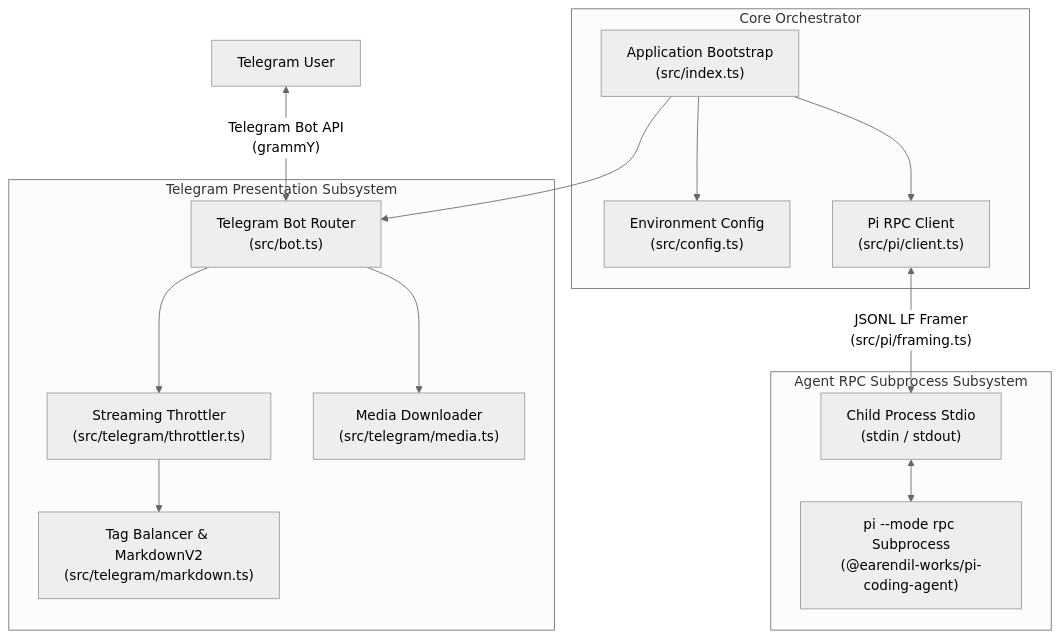
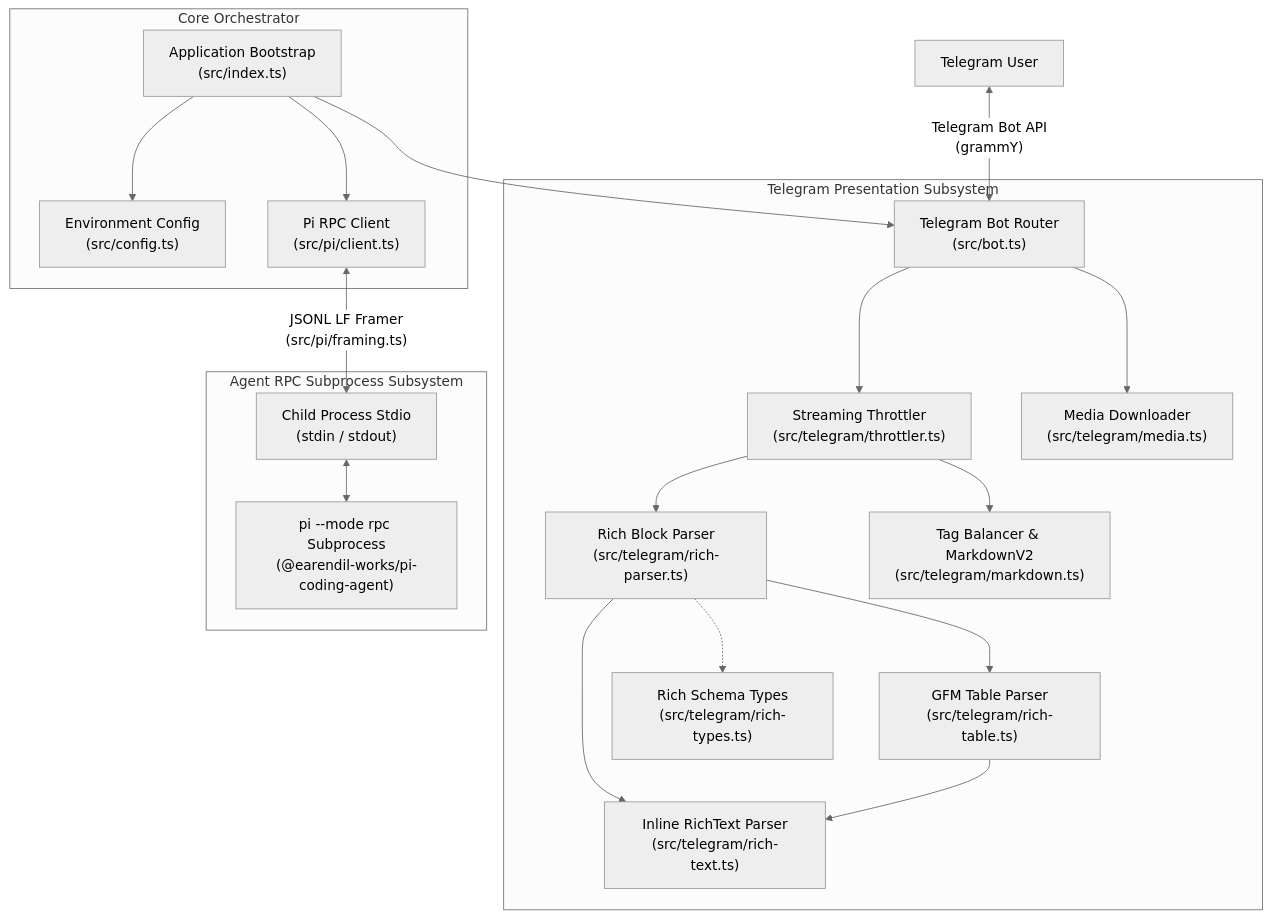
The first of 3 diagrams in context/architecture.md (larchanka/tg-bot-agent-streamer), drawn with Mermaid (neutral theme) before and after one commit. The commit also changed other lines of this file and 6 other files, not shown here.

First line of the commit message:
docs(context): Document Telegram Rich Messages architecture and updates

````diff
--- a/context/architecture.md
+++ b/context/architecture.md
@@ -9,21 +9,26 @@
 ```mermaid
 flowchart TD
     User["Telegram User"] <-->|"Telegram Bot API<br/>(grammY)"| Bot["Telegram Bot Router<br/>(src/bot.ts)"]
     
     subgraph Telegram_Presentation ["Telegram Presentation Subsystem"]
         Bot --> Throttler["Streaming Throttler<br/>(src/telegram/throttler.ts)"]
+        Throttler --> RichParser["Rich Block Parser<br/>(src/telegram/rich-parser.ts)"]
+        RichParser --> RichTable["GFM Table Parser<br/>(src/telegram/rich-table.ts)"]
+        RichParser --> RichText["Inline RichText Parser<br/>(src/telegram/rich-text.ts)"]
+        RichTable --> RichText
+        RichParser -.-> RichTypes["Rich Schema Types<br/>(src/telegram/rich-types.ts)"]
         Throttler --> Markdown["Tag Balancer & MarkdownV2<br/>(src/telegram/markdown.ts)"]
         Bot --> Media["Media Downloader<br/>(src/telegram/media.ts)"]
     end
     
     subgraph Core_Orchestration ["Core Orchestrator"]
         Index["Application Bootstrap<br/>(src/index.ts)"] --> Bot
         Index --> Config["Environment Config<br/>(src/config.ts)"]
         Index --> PiClient["Pi RPC Client<br/>(src/pi/client.ts)"]
     end
     
     subgraph Agent_RPC_Subsystem ["Agent RPC Subprocess Subsystem"]
         PiClient <-->|"JSONL LF Framer<br/>(src/pi/framing.ts)"| Stdio["Child Process Stdio<br/>(stdin / stdout)"]
         Stdio <--> PiProcess["pi --mode rpc Subprocess<br/>(@earendil-works/pi-coding-agent)"]
     end
 ```
````
